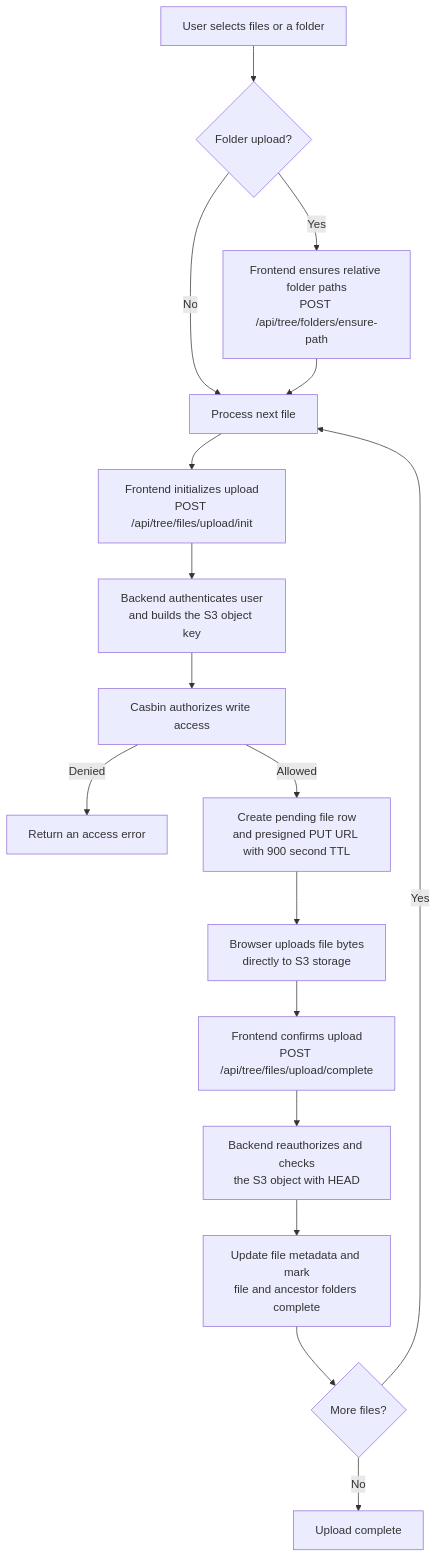
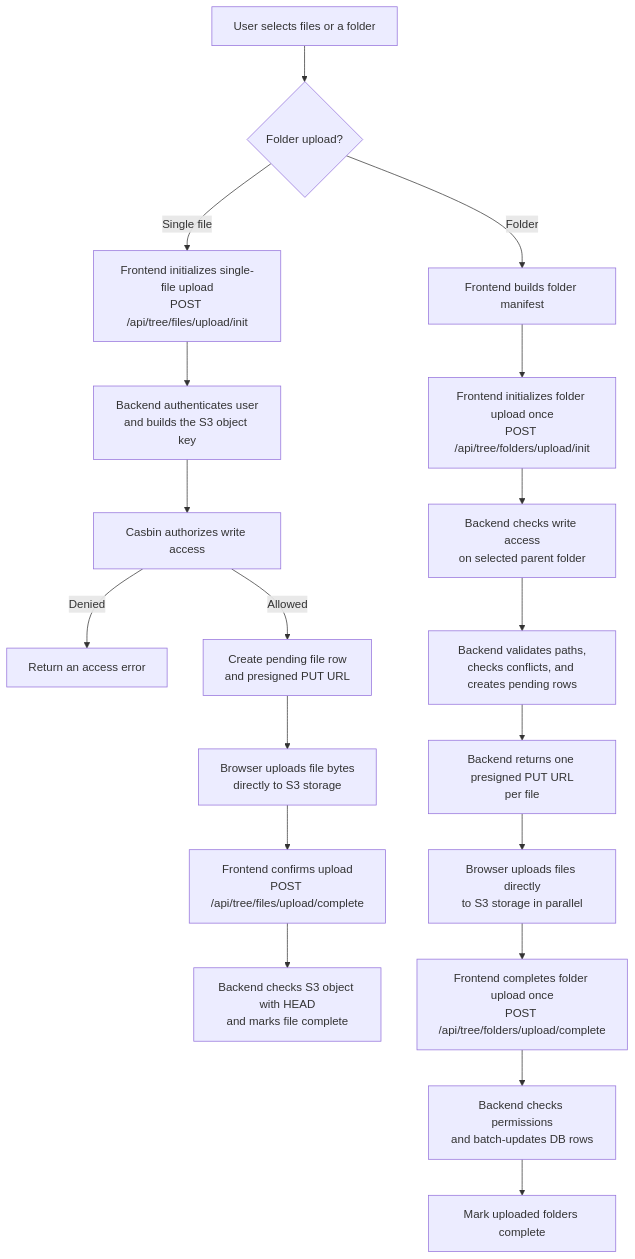
The second of 6 diagrams in docs/diagrams/sequence-storage-access.md (pmahon3/Data-Portal), drawn with Mermaid before and after one commit. The commit also changed other lines of this file and 8 other files, not shown here.

Commit message:
Folder upload session

````diff
--- a/docs/diagrams/sequence-storage-access.md
+++ b/docs/diagrams/sequence-storage-access.md
@@ -34,20 +34,23 @@
 ```mermaid
 flowchart TD
     A["User selects files or a folder"] --> B{"Folder upload?"}
-    B -->|Yes| C["Frontend ensures relative folder paths<br/>POST /api/tree/folders/ensure-path"]
-    B -->|No| D["Process next file"]
-    C --> D
 
-    D --> E["Frontend initializes upload<br/>POST /api/tree/files/upload/init"]
-    E --> F["Backend authenticates user<br/>and builds the S3 object key"]
-    F --> G["Casbin authorizes write access"]
-    G -->|Denied| H["Return an access error"]
-    G -->|Allowed| I["Create pending file row<br/>and presigned PUT URL with 900 second TTL"]
-    I --> J["Browser uploads file bytes<br/>directly to S3 storage"]
-    J --> K["Frontend confirms upload<br/>POST /api/tree/files/upload/complete"]
-    K --> L["Backend reauthorizes and checks<br/>the S3 object with HEAD"]
-    L --> M["Update file metadata and mark<br/>file and ancestor folders complete"]
-    M --> N{"More files?"}
-    N -->|Yes| D
-    N -->|No| O["Upload complete"]
+    B -->|Single file| C["Frontend initializes single-file upload<br/>POST /api/tree/files/upload/init"]
+    C --> D["Backend authenticates user<br/>and builds the S3 object key"]
+    D --> E["Casbin authorizes write access"]
+    E -->|Denied| F["Return an access error"]
+    E -->|Allowed| G["Create pending file row<br/>and presigned PUT URL"]
+    G --> H["Browser uploads file bytes<br/>directly to S3 storage"]
+    H --> I["Frontend confirms upload<br/>POST /api/tree/files/upload/complete"]
+    I --> J["Backend checks S3 object with HEAD<br/>and marks file complete"]
+
+    B -->|Folder| K["Frontend builds folder manifest"]
+    K --> L["Frontend initializes folder upload once<br/>POST /api/tree/folders/upload/init"]
+    L --> M["Backend checks write access<br/>on selected parent folder"]
+    M --> N["Backend validates paths,<br/>checks conflicts, and creates pending rows"]
+    N --> O["Backend returns one presigned PUT URL<br/>per file"]
+    O --> P["Browser uploads files directly<br/>to S3 storage in parallel"]
+    P --> Q["Frontend completes folder upload once<br/>POST /api/tree/folders/upload/complete"]
+    Q --> R["Backend checks permissions<br/>and batch-updates DB rows"]
+    R --> S["Mark uploaded folders complete"]
 ```
````
